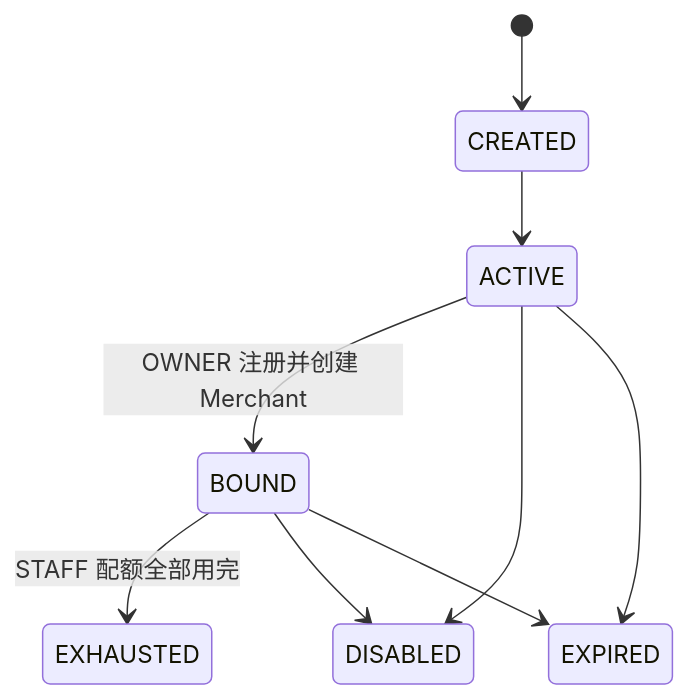
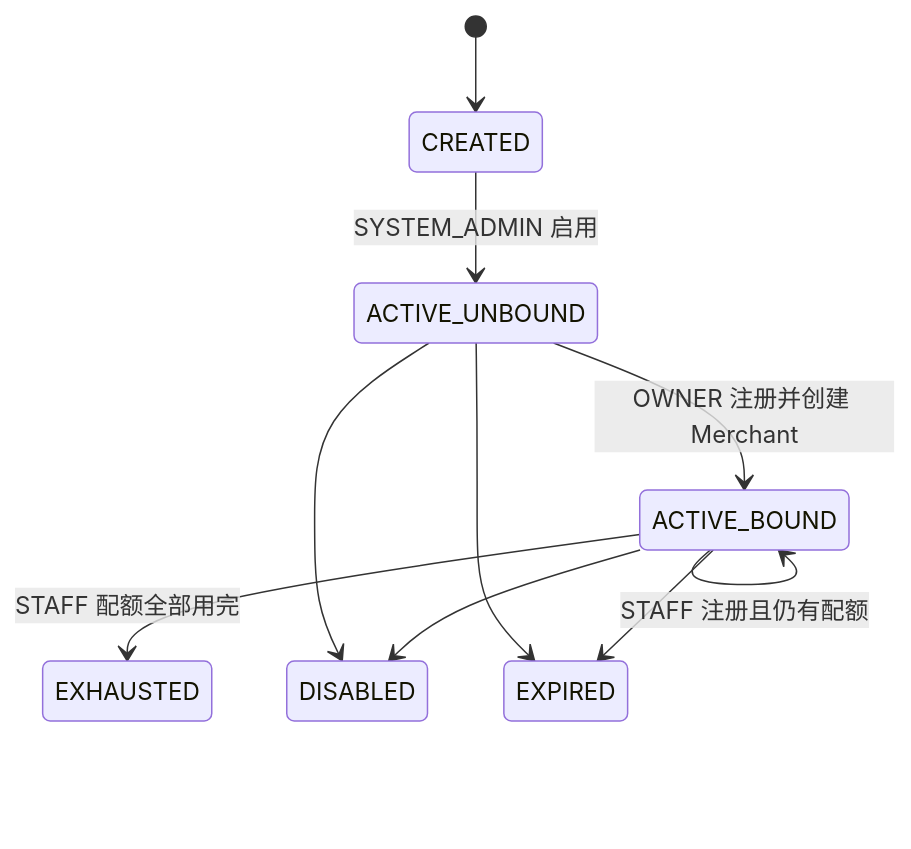
One commit to sxyq/mastergoods changed diagram 12 of 13 in docs/system-design/01-账户与身份/01-注册与邀请码.md. Above: the diagram before and after it, drawn with Mermaid. The commit also changed other lines of this file and 10 other files, not shown here.

````diff
--- a/docs/system-design/01-账户与身份/01-注册与邀请码.md
+++ b/docs/system-design/01-账户与身份/01-注册与邀请码.md
@@ -510,11 +459,12 @@
 ```mermaid
 stateDiagram-v2
     [*] --> CREATED
-    CREATED --> ACTIVE
-    ACTIVE --> BOUND: OWNER 注册并创建 Merchant
-    BOUND --> EXHAUSTED: STAFF 配额全部用完
-    ACTIVE --> DISABLED
-    BOUND --> DISABLED
-    ACTIVE --> EXPIRED
-    BOUND --> EXPIRED
+    CREATED --> ACTIVE_UNBOUND: SYSTEM_ADMIN 启用
+    ACTIVE_UNBOUND --> ACTIVE_BOUND: OWNER 注册并创建 Merchant
+    ACTIVE_BOUND --> ACTIVE_BOUND: STAFF 注册且仍有配额
+    ACTIVE_BOUND --> EXHAUSTED: STAFF 配额全部用完
+    ACTIVE_UNBOUND --> DISABLED
+    ACTIVE_BOUND --> DISABLED
+    ACTIVE_UNBOUND --> EXPIRED
+    ACTIVE_BOUND --> EXPIRED
 ```
````
